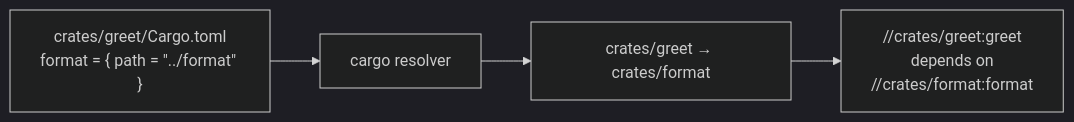
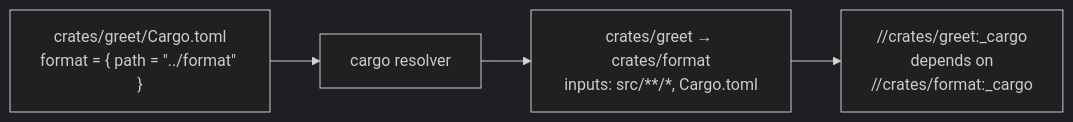
Before and after one commit to chrismatix/grog: the diagram in docs/src/content/docs/topics/dependency-inference.mdx, drawn with Mermaid (dark theme). The commit also changed other lines of this file and 1 other file, not shown here.

````diff
--- a/docs/src/content/docs/topics/dependency-inference.mdx
+++ b/docs/src/content/docs/topics/dependency-inference.mdx
@@ -218,6 +147,6 @@
 ```mermaid
 flowchart LR
   M["crates/greet/Cargo.toml<br/>format = { path = &quot;../format&quot; }"] --> P["cargo resolver"]
-  P --> E["crates/greet → crates/format"]
-  E --> G["//crates/greet:greet<br/>depends on<br/>//crates/format:format"]
+  P --> E["crates/greet → crates/format<br/>inputs: src/**/*, Cargo.toml"]
+  E --> G["//crates/greet:_cargo<br/>depends on<br/>//crates/format:_cargo"]
 ```
````
